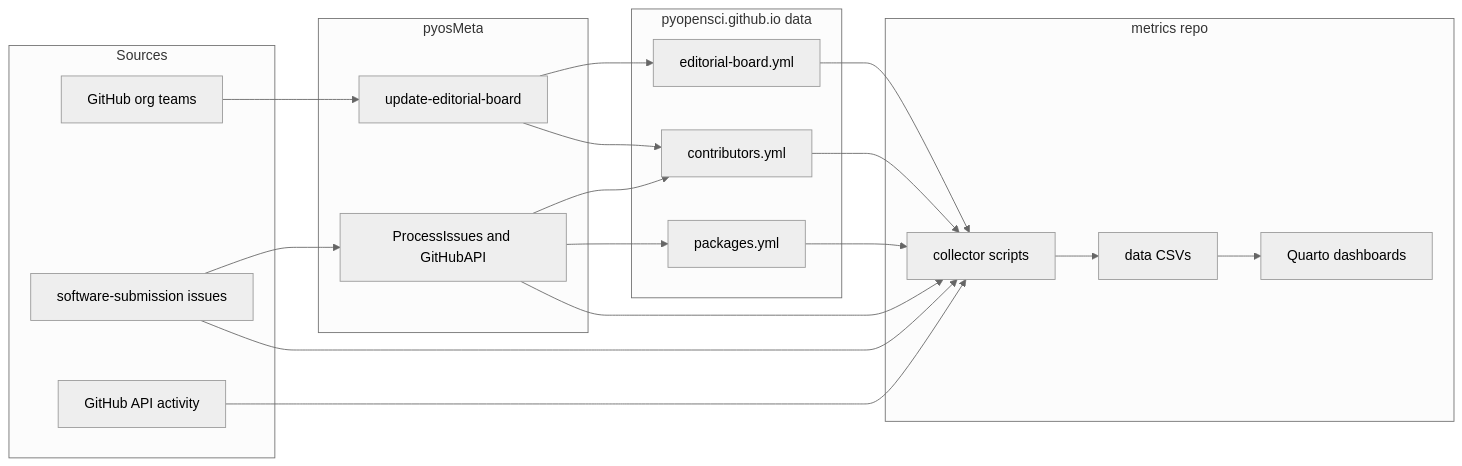
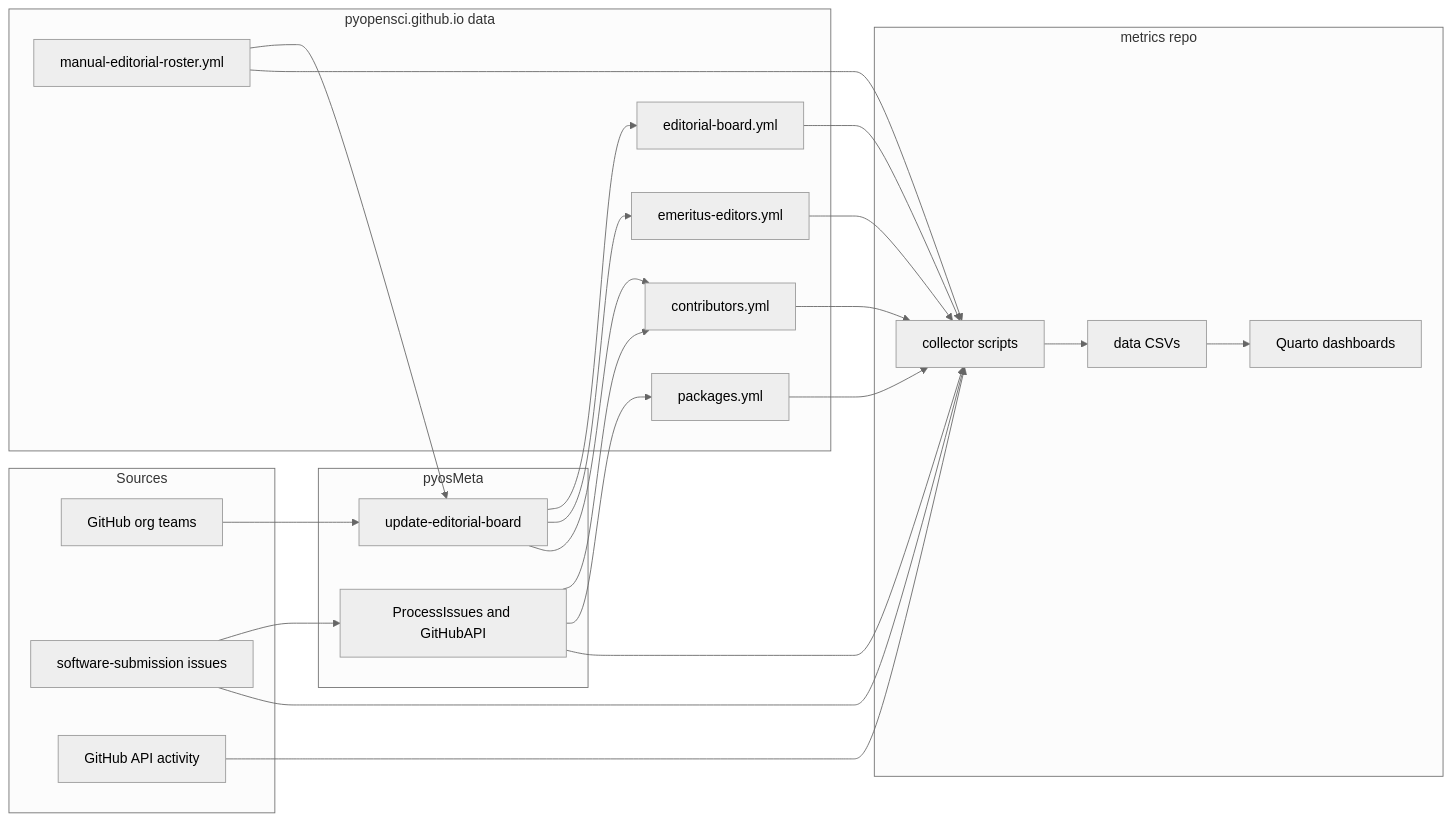
Before and after one commit to pyOpenSci/metrics: the diagram in README.md, drawn with Mermaid (neutral theme). The commit also changed other lines of this file and 7 other files, not shown here.

First line of the commit message:
fix: case sensitivity in editorial and use manual yml file (#202)

````diff
--- a/README.md
+++ b/README.md
@@ -16,40 +16,46 @@
 ```mermaid
 flowchart LR
   subgraph sources [Sources]
     ghTeams[GitHub org teams]
     ghReviews[software-submission issues]
     ghApi[GitHub API activity]
   end
 
   subgraph pyosMetaPkg [pyosMeta]
     updateBoard[update-editorial-board]
     parseReviews[ProcessIssues and GitHubAPI]
   end
 
   subgraph website [pyopensci.github.io data]
     boardYml[editorial-board.yml]
+    emeritusYml[emeritus-editors.yml]
+    manualYml[manual-editorial-roster.yml]
     contribYml[contributors.yml]
     pkgYml[packages.yml]
   end
 
   subgraph metricsRepo [metrics repo]
     scripts[collector scripts]
     csvs[data CSVs]
     qmd[Quarto dashboards]
   end
 
   ghTeams --> updateBoard --> boardYml
+  updateBoard --> emeritusYml
   updateBoard --> contribYml
+  manualYml --> updateBoard
   ghReviews --> parseReviews
   parseReviews --> contribYml
   parseReviews --> pkgYml
 
   boardYml --> scripts
+  emeritusYml --> scripts
+  manualYml --> scripts
   contribYml --> scripts
   pkgYml --> scripts
   ghReviews --> scripts
   ghApi --> scripts
   parseReviews --> scripts
 
   scripts --> csvs --> qmd
 ```
````
